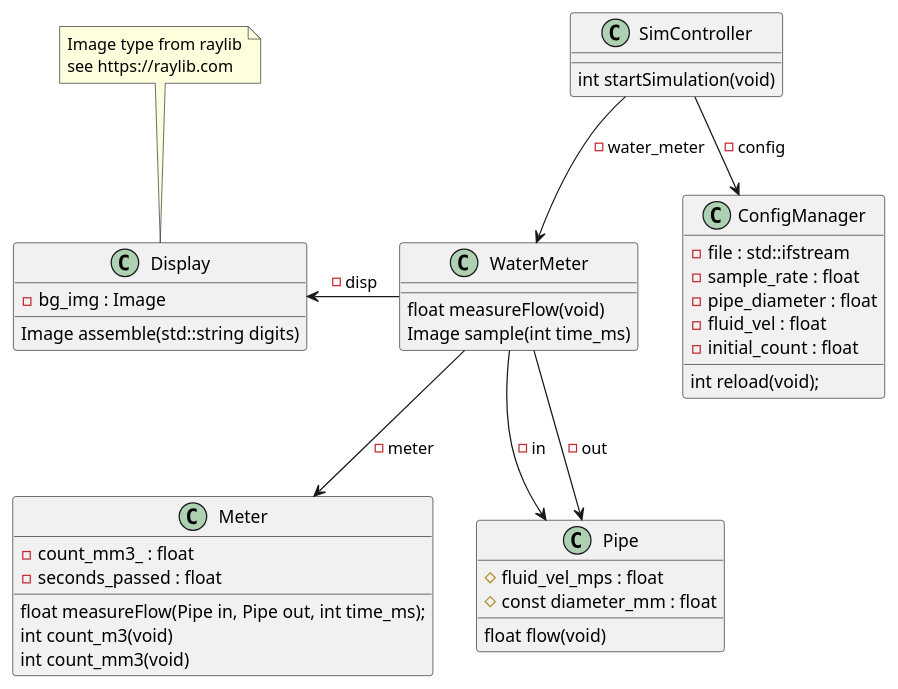
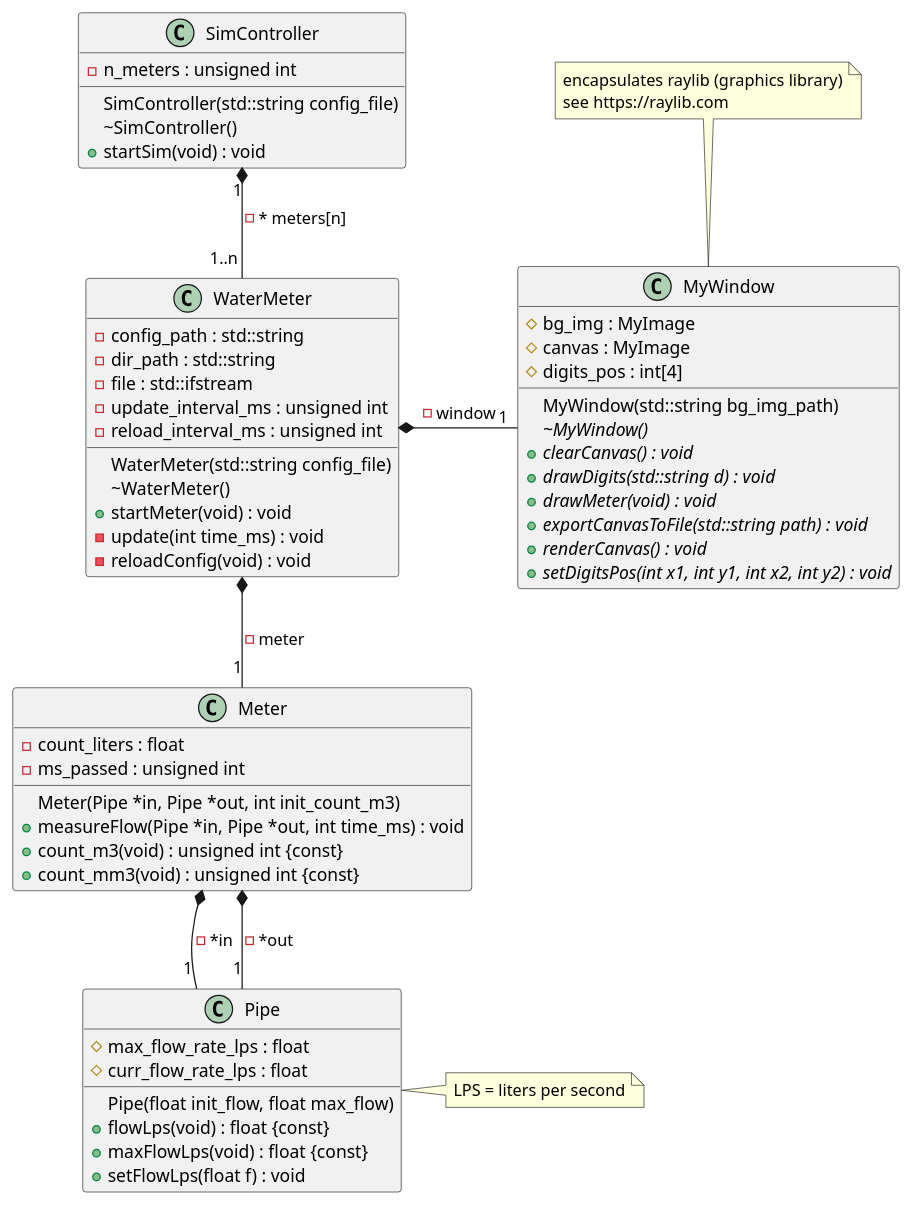
The diagram in docs/class-diagram.puml (dhiegov/water-meter-sim), drawn with PlantUML before and after one commit. The commit also changed 2 other files, not shown here.

```diff
--- a/docs/class-diagram.puml
+++ b/docs/class-diagram.puml
@@ -1,55 +1,70 @@
 @startuml
-' Made with planttext.com
+' Made with https://planttext.com
 
 class SimController {
-  int startSimulation(void)
+  - n_meters : unsigned int
+  
+  SimController(std::string config_file)
+  \\~SimController()
+  + startSim(void) : void 
 }
-
-class ConfigManager {
-  - file : std::ifstream
-  - sample_rate : float
-  - pipe_diameter : float
-  - fluid_vel : float
-  - initial_count : float
-  
-  int reload(void);
-}
-
-SimController --> ConfigManager : - config
+SimController "1" *-- "1..n " WaterMeter : - * meters[n]
 
 class WaterMeter {
-  float measureFlow(void)
-  Image sample(int time_ms)
+  - config_path : std::string
+  - dir_path : std::string
+  - file : std::ifstream
+  - update_interval_ms : unsigned int
+  - reload_interval_ms : unsigned int
+
+  WaterMeter(std::string config_file)
+  \~WaterMeter()
+  + startMeter(void) : void
+  - update(int time_ms) : void
+  - reloadConfig(void) : void
 }
+WaterMeter *-- "1" Meter : - meter
+WaterMeter *-right- "1" MyWindow : - window
 
-SimController --> WaterMeter: - water_meter
-
-class Display {
-  - bg_img : Image
-  Image assemble(std::string digits)
+class MyWindow {
+  # bg_img : MyImage
+  # canvas : MyImage
+  # digits_pos : int[4]
+  
+  MyWindow(std::string bg_img_path)
+  {abstract} \~MyWindow()
+  + {abstract} clearCanvas() : void
+  + {abstract} drawDigits(std::string d) : void
+  + {abstract} drawMeter(void) : void
+  + {abstract} exportCanvasToFile(std::string path) : void
+  + {abstract} renderCanvas() : void
+  + {abstract} setDigitsPos(int x1, int y1, int x2, int y2) : void
 }
-
-note top of Display : Image type from raylib\n\
-see https://raylib.com
+note "encapsulates raylib (graphics library)\nsee https://raylib.com" as N1
+MyWindow .up. N1
 
 class Meter {
-  - count_mm3_ : float
-  - seconds_passed : float
-  float measureFlow(Pipe in, Pipe out, int time_ms);
-  int count_m3(void)
-  int count_mm3(void)
+  - count_liters : float
+  - ms_passed : unsigned int
+  
+  Meter(Pipe *in, Pipe *out, int init_count_m3)
+  + measureFlow(Pipe *in, Pipe *out, int time_ms) : void
+  + count_m3(void) : unsigned int {const}
+  + count_mm3(void) : unsigned int {const}
 }
+Meter *-- "1" Pipe : - *in
+Meter *-- "1" Pipe : - *out
 
 class Pipe {
-  # fluid_vel_mps : float
-  # const diameter_mm : float
+  Pipe(float init_flow, float max_flow)
+  # max_flow_rate_lps : float
+  # curr_flow_rate_lps : float
   
-  float flow(void)
+  + flowLps(void) : float {const}
+  + maxFlowLps(void) : float {const}
+  + setFlowLps(float f) : void
 }
-
-WaterMeter --> Pipe : - in
-WaterMeter --> Pipe : - out
-WaterMeter --> Meter : - meter
-WaterMeter -left-> Display : - disp
+note "LPS = liters per second" as N2
+Pipe .right. N2
 
 @enduml
```
